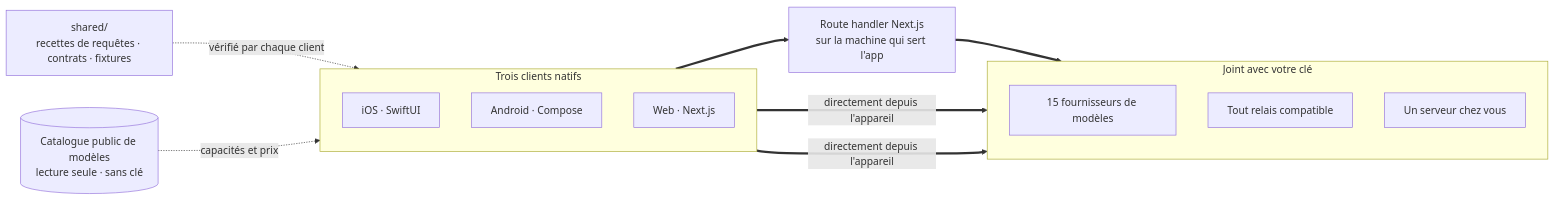
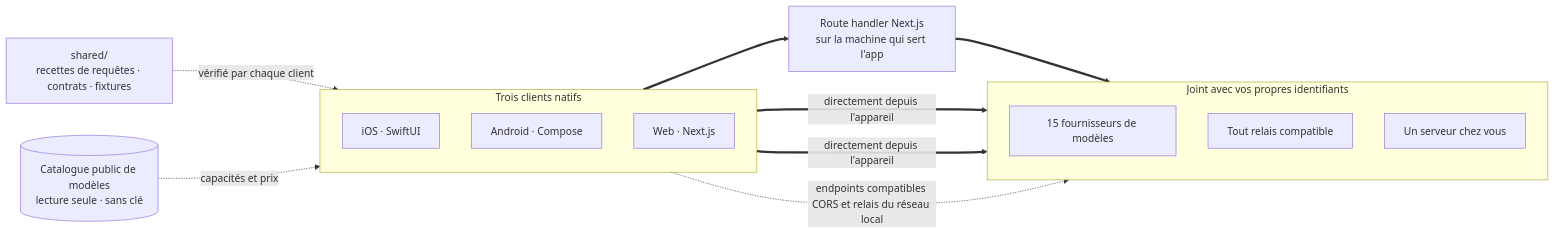
One commit to oriveo/oriveo changed the diagram in readme_i18n/fr/README.md. Above: the diagram before and after it, drawn with Mermaid. The commit also changed other lines of this file and 89 other files, not shown here.

````diff
--- a/readme_i18n/fr/README.md
+++ b/readme_i18n/fr/README.md
@@ -185,26 +195,27 @@
 ```mermaid
 flowchart LR
     shared["shared/<br/>recettes de requêtes · contrats · fixtures"]
 
     subgraph clients ["Trois clients natifs"]
         direction TB
         ios["iOS · SwiftUI"]
         android["Android · Compose"]
         web["Web · Next.js"]
     end
 
     route["Route handler Next.js<br/>sur la machine qui sert l'app"]
 
-    subgraph upstream ["Joint avec votre clé"]
+    subgraph upstream ["Joint avec vos propres identifiants"]
         official["15 fournisseurs de modèles"]
         relay["Tout relais compatible"]
         local["Un serveur chez vous"]
     end
 
     catalog[("Catalogue public de modèles<br/>lecture seule · sans clé")]
 
     shared -.->|"vérifié par chaque client"| clients
     catalog -.->|"capacités et prix"| clients
     ios & android ==>|"directement depuis l'appareil"| upstream
     web ==> route ==> upstream
+    web -.->|"endpoints compatibles CORS et relais du réseau local"| upstream
 ```
````
